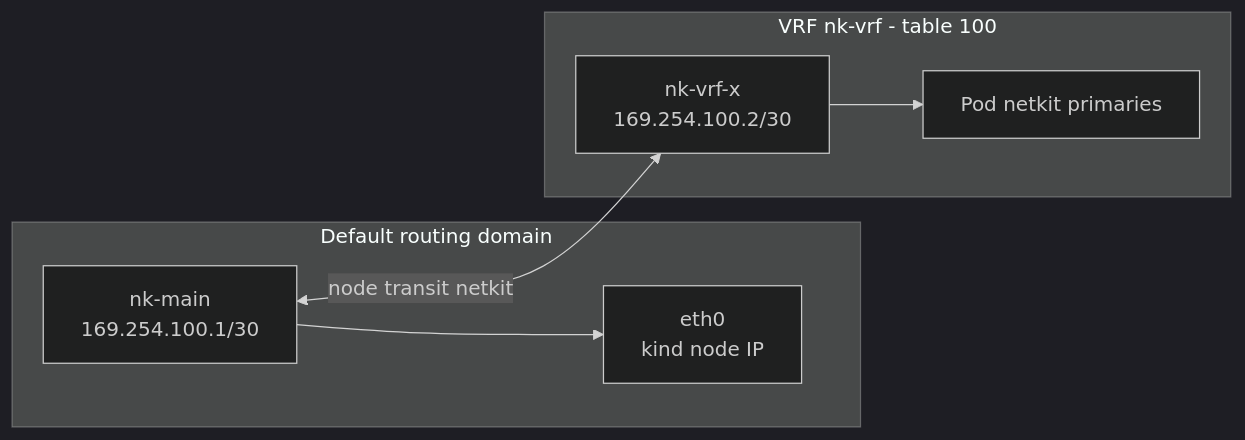
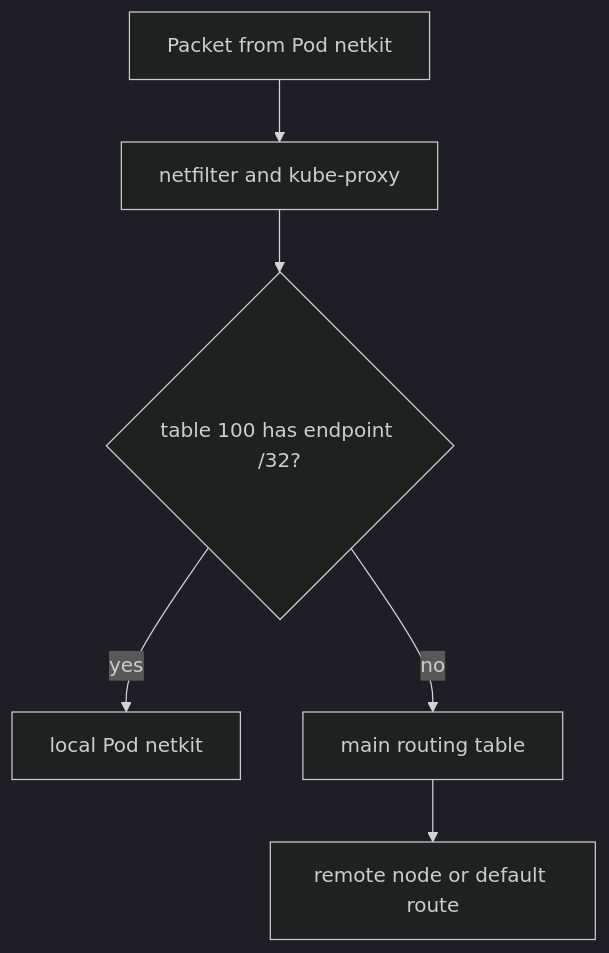
Before and after one commit to SRodi/srodi.github.io: the third of 5 diagrams in _posts/2026-08-22-build-a-kubernetes-cni-with-netkit-and-vrf.md, drawn with Mermaid (dark theme). The commit also changed other lines of this file, not shown here.

Commit message:
Update netkit CNI routing architecture

````diff
--- a/_posts/2026-08-22-build-a-kubernetes-cni-with-netkit-and-vrf.md
+++ b/_posts/2026-08-22-build-a-kubernetes-cni-with-netkit-and-vrf.md
@@ -273,14 +275,8 @@
 ```mermaid
-flowchart LR
-    subgraph D [Default routing domain]
-        H[nk-main<br>169.254.100.1/30]
-        U[eth0<br>kind node IP]
-    end
-    H <-->|node transit netkit| R[nk-vrf-x<br>169.254.100.2/30]
-    subgraph V [VRF nk-vrf - table 100]
-        R
-        P1[Pod netkit primaries]
-    end
-    H --> U
-    R --> P1
+flowchart TD
+    P[Packet from Pod netkit] --> N[netfilter and kube-proxy]
+    N --> V{table 100 has endpoint /32?}
+    V -->|yes| L[local Pod netkit]
+    V -->|no| M[main routing table]
+    M --> R[remote node or default route]
 ```
````
